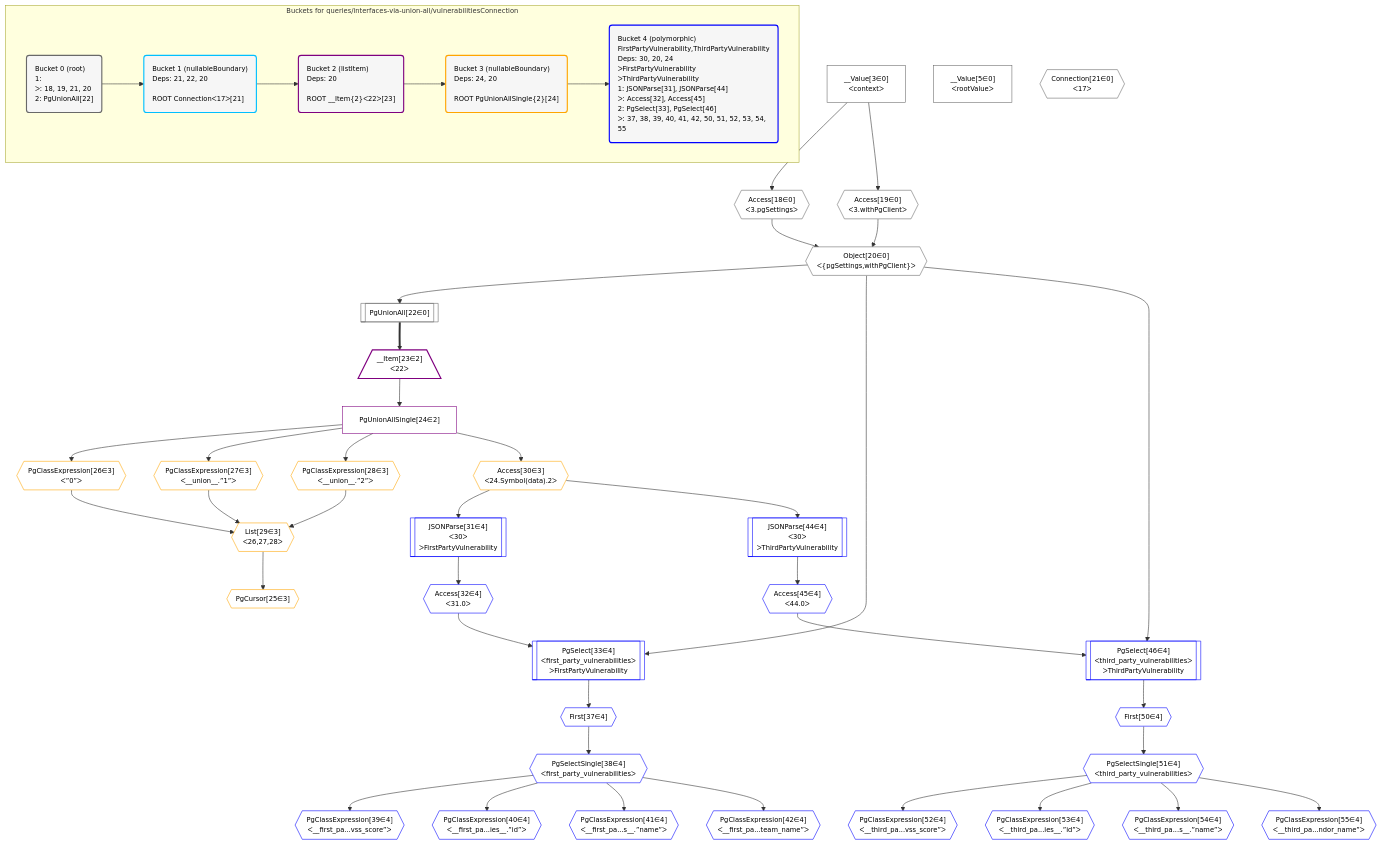
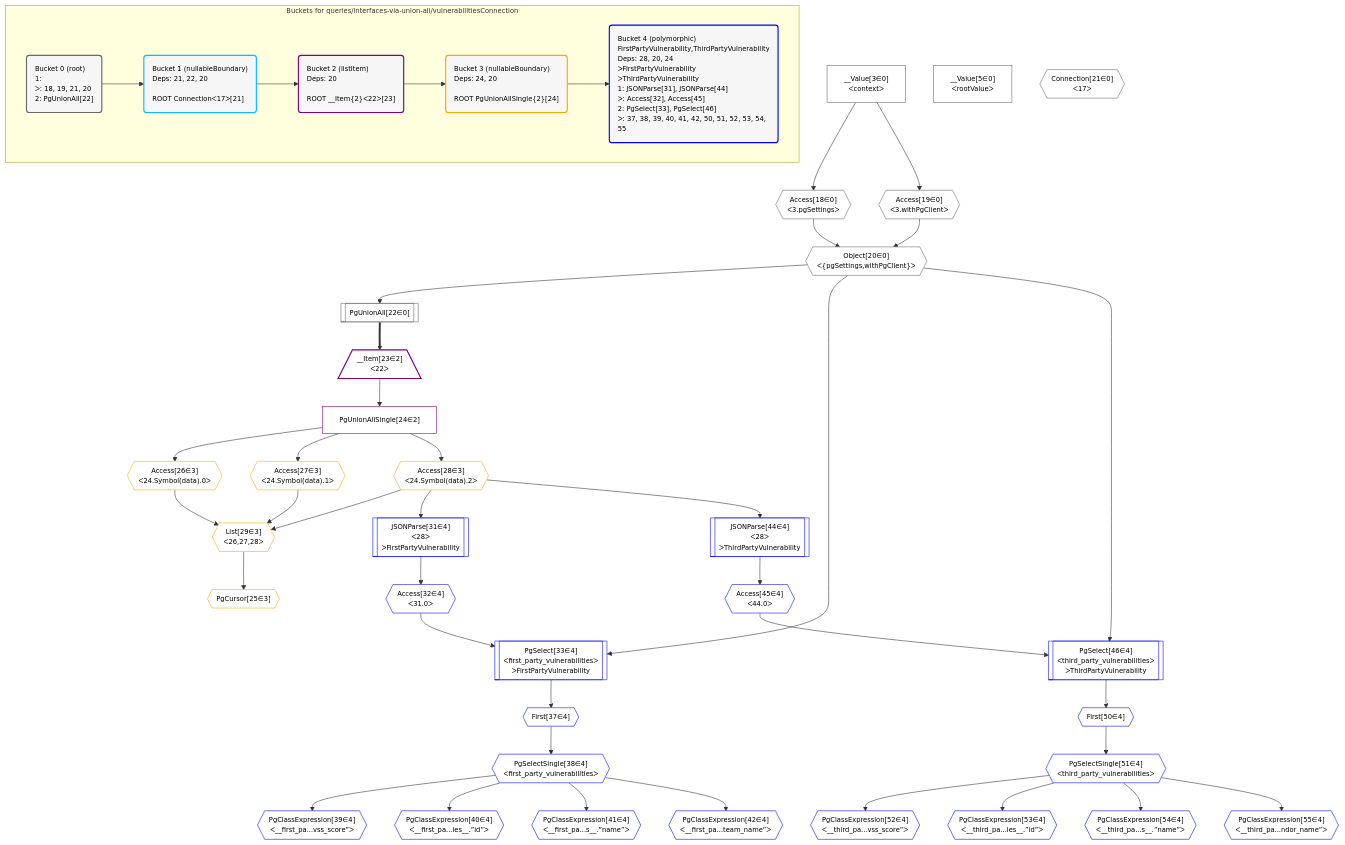
The diagram in grafast/dataplan-pg/__tests__/queries/interfaces-via-union-all/vulnerabilitiesConnection.mermaid (graphile/crystal), drawn with Mermaid before and after one commit. The commit also changed 10 other files, not shown here.

```diff
--- a/grafast/dataplan-pg/__tests__/queries/interfaces-via-union-all/vulnerabilitiesConnection.mermaid
+++ b/grafast/dataplan-pg/__tests__/queries/interfaces-via-union-all/vulnerabilitiesConnection.mermaid
@@ -1,98 +1,96 @@
 %%{init: {'themeVariables': { 'fontSize': '12px'}}}%%
 graph TD
     classDef path fill:#eee,stroke:#000,color:#000
     classDef plan fill:#fff,stroke-width:1px,color:#000
     classDef itemplan fill:#fff,stroke-width:2px,color:#000
     classDef unbatchedplan fill:#dff,stroke-width:1px,color:#000
     classDef sideeffectplan fill:#fcc,stroke-width:2px,color:#000
     classDef bucket fill:#f6f6f6,color:#000,stroke-width:2px,text-align:left
 
 
     %% define steps
     __Value3["__Value[3∈0]<br />ᐸcontextᐳ"]:::plan
     __Value5["__Value[5∈0]<br />ᐸrootValueᐳ"]:::plan
     Access18{{"Access[18∈0]<br />ᐸ3.pgSettingsᐳ"}}:::plan
     Access19{{"Access[19∈0]<br />ᐸ3.withPgClientᐳ"}}:::plan
     Object20{{"Object[20∈0]<br />ᐸ{pgSettings,withPgClient}ᐳ"}}:::plan
     Connection21{{"Connection[21∈0]<br />ᐸ17ᐳ"}}:::plan
     PgUnionAll22[["PgUnionAll[22∈0]"]]:::plan
     __Item23[/"__Item[23∈2]<br />ᐸ22ᐳ"\]:::itemplan
     PgUnionAllSingle24["PgUnionAllSingle[24∈2]"]:::plan
-    PgClassExpression26{{"PgClassExpression[26∈3]<br />ᐸ”0”ᐳ"}}:::plan
-    PgClassExpression27{{"PgClassExpression[27∈3]<br />ᐸ__union__.”1”ᐳ"}}:::plan
-    PgClassExpression28{{"PgClassExpression[28∈3]<br />ᐸ__union__.”2”ᐳ"}}:::plan
+    Access26{{"Access[26∈3]<br />ᐸ24.Symbol(data).0ᐳ"}}:::plan
+    Access27{{"Access[27∈3]<br />ᐸ24.Symbol(data).1ᐳ"}}:::plan
+    Access28{{"Access[28∈3]<br />ᐸ24.Symbol(data).2ᐳ"}}:::plan
     List29{{"List[29∈3]<br />ᐸ26,27,28ᐳ"}}:::plan
     PgCursor25{{"PgCursor[25∈3]"}}:::plan
-    Access30{{"Access[30∈3]<br />ᐸ24.Symbol(data).2ᐳ"}}:::plan
-    JSONParse31[["JSONParse[31∈4]<br />ᐸ30ᐳ<br />ᐳFirstPartyVulnerability"]]:::plan
+    JSONParse31[["JSONParse[31∈4]<br />ᐸ28ᐳ<br />ᐳFirstPartyVulnerability"]]:::plan
     Access32{{"Access[32∈4]<br />ᐸ31.0ᐳ"}}:::plan
     PgSelect33[["PgSelect[33∈4]<br />ᐸfirst_party_vulnerabilitiesᐳ<br />ᐳFirstPartyVulnerability"]]:::plan
     First37{{"First[37∈4]"}}:::plan
     PgSelectSingle38{{"PgSelectSingle[38∈4]<br />ᐸfirst_party_vulnerabilitiesᐳ"}}:::plan
     PgClassExpression39{{"PgClassExpression[39∈4]<br />ᐸ__first_pa...vss_score”ᐳ"}}:::plan
     PgClassExpression40{{"PgClassExpression[40∈4]<br />ᐸ__first_pa...ies__.”id”ᐳ"}}:::plan
     PgClassExpression41{{"PgClassExpression[41∈4]<br />ᐸ__first_pa...s__.”name”ᐳ"}}:::plan
     PgClassExpression42{{"PgClassExpression[42∈4]<br />ᐸ__first_pa...team_name”ᐳ"}}:::plan
-    JSONParse44[["JSONParse[44∈4]<br />ᐸ30ᐳ<br />ᐳThirdPartyVulnerability"]]:::plan
+    JSONParse44[["JSONParse[44∈4]<br />ᐸ28ᐳ<br />ᐳThirdPartyVulnerability"]]:::plan
     Access45{{"Access[45∈4]<br />ᐸ44.0ᐳ"}}:::plan
     PgSelect46[["PgSelect[46∈4]<br />ᐸthird_party_vulnerabilitiesᐳ<br />ᐳThirdPartyVulnerability"]]:::plan
     First50{{"First[50∈4]"}}:::plan
     PgSelectSingle51{{"PgSelectSingle[51∈4]<br />ᐸthird_party_vulnerabilitiesᐳ"}}:::plan
     PgClassExpression52{{"PgClassExpression[52∈4]<br />ᐸ__third_pa...vss_score”ᐳ"}}:::plan
     PgClassExpression53{{"PgClassExpression[53∈4]<br />ᐸ__third_pa...ies__.”id”ᐳ"}}:::plan
     PgClassExpression54{{"PgClassExpression[54∈4]<br />ᐸ__third_pa...s__.”name”ᐳ"}}:::plan
     PgClassExpression55{{"PgClassExpression[55∈4]<br />ᐸ__third_pa...ndor_name”ᐳ"}}:::plan
 
     %% plan dependencies
     __Value3 --> Access18
     __Value3 --> Access19
     Access18 & Access19 --> Object20
     Object20 --> PgUnionAll22
     PgUnionAll22 ==> __Item23
     __Item23 --> PgUnionAllSingle24
-    PgUnionAllSingle24 --> PgClassExpression26
-    PgUnionAllSingle24 --> PgClassExpression27
-    PgUnionAllSingle24 --> PgClassExpression28
-    PgClassExpression26 & PgClassExpression27 & PgClassExpression28 --> List29
+    PgUnionAllSingle24 --> Access26
+    PgUnionAllSingle24 --> Access27
+    PgUnionAllSingle24 --> Access28
+    Access26 & Access27 & Access28 --> List29
     List29 --> PgCursor25
-    PgUnionAllSingle24 --> Access30
-    Access30 --> JSONParse31
+    Access28 --> JSONParse31
     JSONParse31 --> Access32
     Object20 & Access32 --> PgSelect33
     PgSelect33 --> First37
     First37 --> PgSelectSingle38
     PgSelectSingle38 --> PgClassExpression39
     PgSelectSingle38 --> PgClassExpression40
     PgSelectSingle38 --> PgClassExpression41
     PgSelectSingle38 --> PgClassExpression42
-    Access30 --> JSONParse44
+    Access28 --> JSONParse44
     JSONParse44 --> Access45
     Object20 & Access45 --> PgSelect46
     PgSelect46 --> First50
     First50 --> PgSelectSingle51
     PgSelectSingle51 --> PgClassExpression52
     PgSelectSingle51 --> PgClassExpression53
     PgSelectSingle51 --> PgClassExpression54
     PgSelectSingle51 --> PgClassExpression55
 
     subgraph "Buckets for queries/interfaces-via-union-all/vulnerabilitiesConnection"
     Bucket0("Bucket 0 (root)<br />1: <br />ᐳ: 18, 19, 21, 20<br />2: PgUnionAll[22]"):::bucket
     classDef bucket0 stroke:#696969
     class Bucket0,__Value3,__Value5,Access18,Access19,Object20,Connection21,PgUnionAll22 bucket0
     Bucket1("Bucket 1 (nullableBoundary)<br />Deps: 21, 22, 20<br /><br />ROOT Connectionᐸ17ᐳ[21]"):::bucket
     classDef bucket1 stroke:#00bfff
     class Bucket1 bucket1
     Bucket2("Bucket 2 (listItem)<br />Deps: 20<br /><br />ROOT __Item{2}ᐸ22ᐳ[23]"):::bucket
     classDef bucket2 stroke:#7f007f
     class Bucket2,__Item23,PgUnionAllSingle24 bucket2
     Bucket3("Bucket 3 (nullableBoundary)<br />Deps: 24, 20<br /><br />ROOT PgUnionAllSingle{2}[24]"):::bucket
     classDef bucket3 stroke:#ffa500
-    class Bucket3,PgCursor25,PgClassExpression26,PgClassExpression27,PgClassExpression28,List29,Access30 bucket3
-    Bucket4("Bucket 4 (polymorphic)<br />FirstPartyVulnerability,ThirdPartyVulnerability<br />Deps: 30, 20, 24<br />ᐳFirstPartyVulnerability<br />ᐳThirdPartyVulnerability<br />1: JSONParse[31], JSONParse[44]<br />ᐳ: Access[32], Access[45]<br />2: PgSelect[33], PgSelect[46]<br />ᐳ: 37, 38, 39, 40, 41, 42, 50, 51, 52, 53, 54, 55"):::bucket
+    class Bucket3,PgCursor25,Access26,Access27,Access28,List29 bucket3
+    Bucket4("Bucket 4 (polymorphic)<br />FirstPartyVulnerability,ThirdPartyVulnerability<br />Deps: 28, 20, 24<br />ᐳFirstPartyVulnerability<br />ᐳThirdPartyVulnerability<br />1: JSONParse[31], JSONParse[44]<br />ᐳ: Access[32], Access[45]<br />2: PgSelect[33], PgSelect[46]<br />ᐳ: 37, 38, 39, 40, 41, 42, 50, 51, 52, 53, 54, 55"):::bucket
     classDef bucket4 stroke:#0000ff
     class Bucket4,JSONParse31,Access32,PgSelect33,First37,PgSelectSingle38,PgClassExpression39,PgClassExpression40,PgClassExpression41,PgClassExpression42,JSONParse44,Access45,PgSelect46,First50,PgSelectSingle51,PgClassExpression52,PgClassExpression53,PgClassExpression54,PgClassExpression55 bucket4
     Bucket0 --> Bucket1
     Bucket1 --> Bucket2
     Bucket2 --> Bucket3
     Bucket3 --> Bucket4
     end
```
